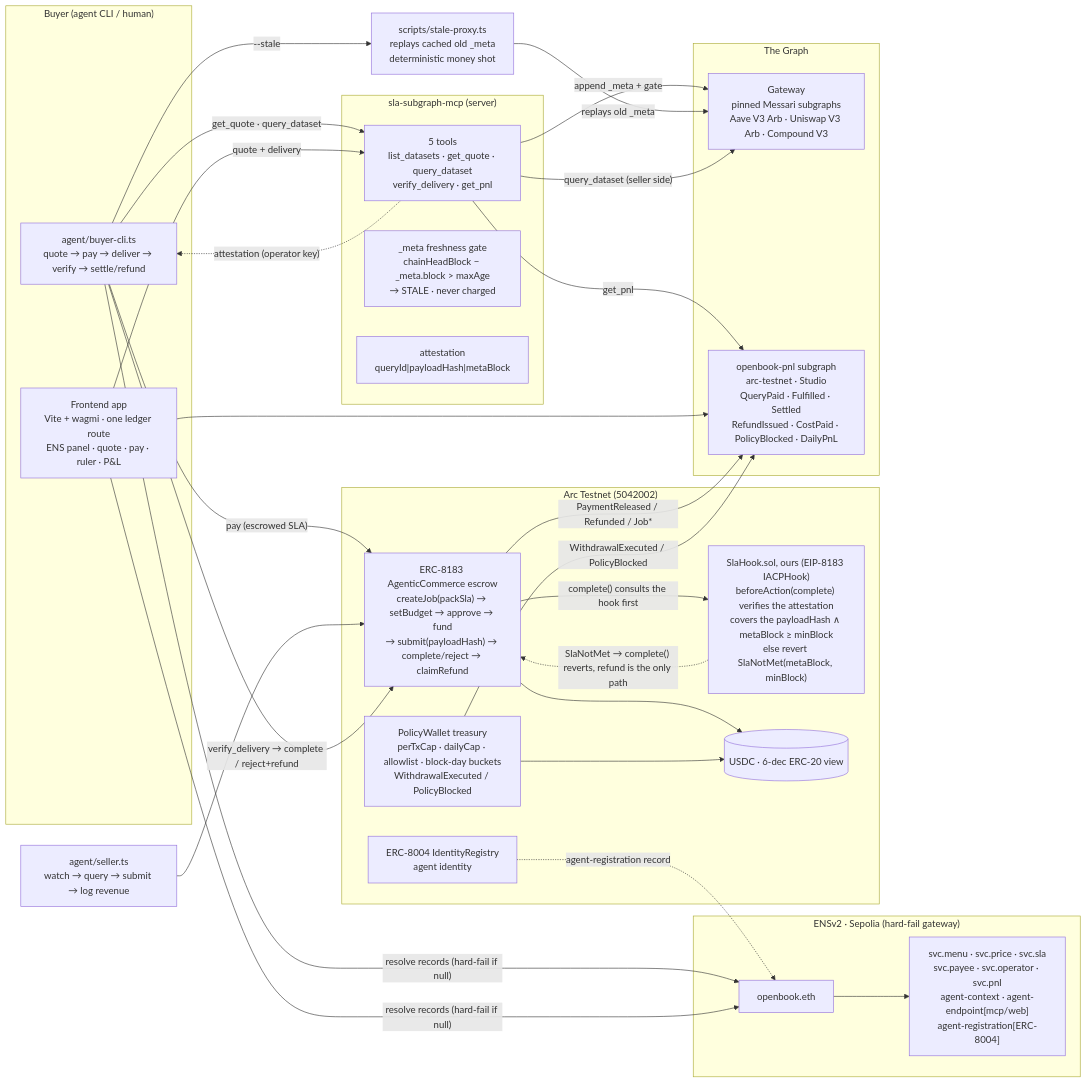
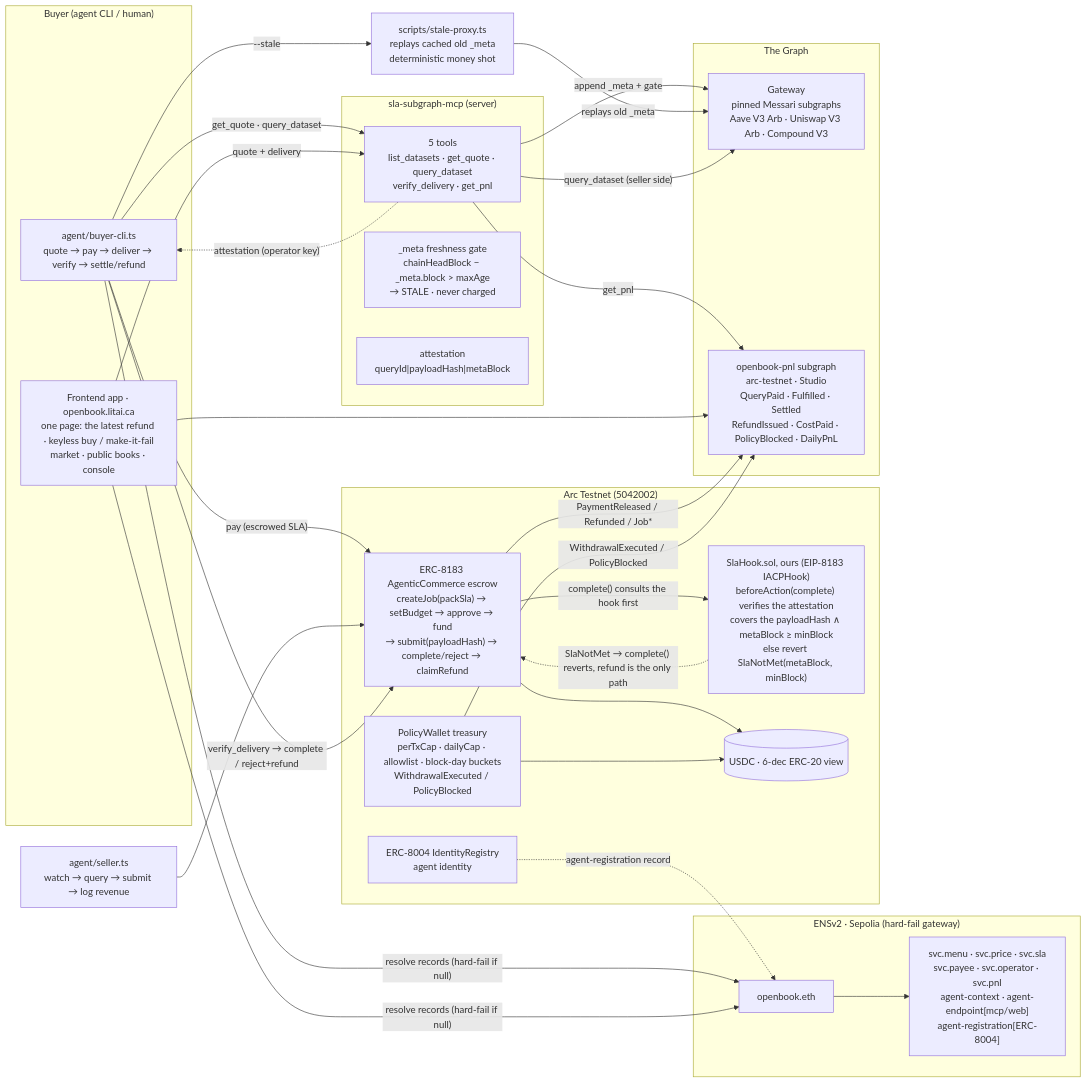
Before and after one commit to Aliserag/ethonline2026-openbook: the diagram in docs/architecture.md, drawn with Mermaid. The commit also changed 12 other files, not shown here.

Commit message:
docs+app: README counts and copy follow the page; journey walkthrough rewritten; ENS svc.pnl record on v0.0.6 (onchain tx 0xabda6d76); unused screenshots removed; OG image from the new hero; refund wording knows whether a delivery arrived

````diff
--- a/docs/architecture.md
+++ b/docs/architecture.md
@@ -12,56 +12,56 @@
 ```mermaid
 flowchart LR
     subgraph BuyerSide["Buyer (agent CLI / human)"]
         BC[agent/buyer-cli.ts<br/>quote → pay → deliver → verify → settle/refund]
-        FE[Frontend app<br/>Vite + wagmi · one ledger route<br/>ENS panel · quote · pay · ruler · P&L]
+        FE[Frontend app · openbook.litai.ca<br/>one page: the latest refund · keyless buy / make-it-fail<br/>market · public books · console]
     end
 
     subgraph ENSv2["ENSv2 · Sepolia (hard-fail gateway)"]
         NAME[openbook.eth]
         RECS["svc.menu · svc.price · svc.sla<br/>svc.payee · svc.operator · svc.pnl<br/>agent-context · agent-endpoint[mcp/web]<br/>agent-registration[ERC-8004]"]
         NAME --> RECS
     end
 
     subgraph Arc["Arc Testnet (5042002)"]
         J["ERC-8183 AgenticCommerce escrow<br/>createJob(packSla) → setBudget → approve → fund<br/>→ submit(payloadHash) → complete/reject → claimRefund"]
         HOOK["SlaHook.sol, ours (EIP-8183 IACPHook)<br/>beforeAction(complete) verifies the attestation<br/>covers the payloadHash ∧ metaBlock ≥ minBlock<br/>else revert SlaNotMet(metaBlock, minBlock)"]
         W["PolicyWallet treasury<br/>perTxCap · dailyCap · allowlist · block-day buckets<br/>WithdrawalExecuted / PolicyBlocked"]
         ID["ERC-8004 IdentityRegistry<br/>agent identity"]
         USDC[(USDC · 6-dec ERC-20 view)]
     end
 
     subgraph MCP["sla-subgraph-mcp (server)"]
         S["5 tools<br/>list_datasets · get_quote · query_dataset<br/>verify_delivery · get_pnl"]
         GATE["_meta freshness gate<br/>chainHeadBlock − _meta.block > maxAge<br/>→ STALE · never charged"]
         SIGN["attestation<br/>queryId|payloadHash|metaBlock"]
     end
 
     subgraph Graph["The Graph"]
         GW[Gateway<br/>pinned Messari subgraphs<br/>Aave V3 Arb · Uniswap V3 Arb · Compound V3]
         PNL[openbook-pnl subgraph<br/>arc-testnet · Studio<br/>QueryPaid · Fulfilled · Settled<br/>RefundIssued · CostPaid · PolicyBlocked · DailyPnL]
     end
 
     SP[scripts/stale-proxy.ts<br/>replays cached old _meta<br/>deterministic money shot]
 
     BC -->|"resolve records (hard-fail if null)"| NAME
     FE -->|"resolve records (hard-fail if null)"| NAME
     BC -->|"get_quote · query_dataset"| S
     FE -->|"quote + delivery"| S
     S -->|"append _meta + gate"| GW
     BC -->|"--stale"| SP
     SP -->|"replays old _meta"| GW
     BC -->|"pay (escrowed SLA)"| J
     S -->|"query_dataset (seller side)"| GW
     SEL[agent/seller.ts<br/>watch → query → submit → log revenue] --> J
     BC -->|"verify_delivery → complete / reject+refund"| J
     J -->|"complete() consults the hook first"| HOOK
     HOOK -.->|"SlaNotMet → complete() reverts, refund is the only path"| J
     J --> USDC
     J -->|"PaymentReleased / Refunded / Job*"| PNL
     W --> USDC
     W -->|"WithdrawalExecuted / PolicyBlocked"| PNL
     S -->|"get_pnl"| PNL
     FE --> PNL
     ID -.->|"agent-registration record"| NAME
     S -.->|"attestation (operator key)"| BC
 ```
````
